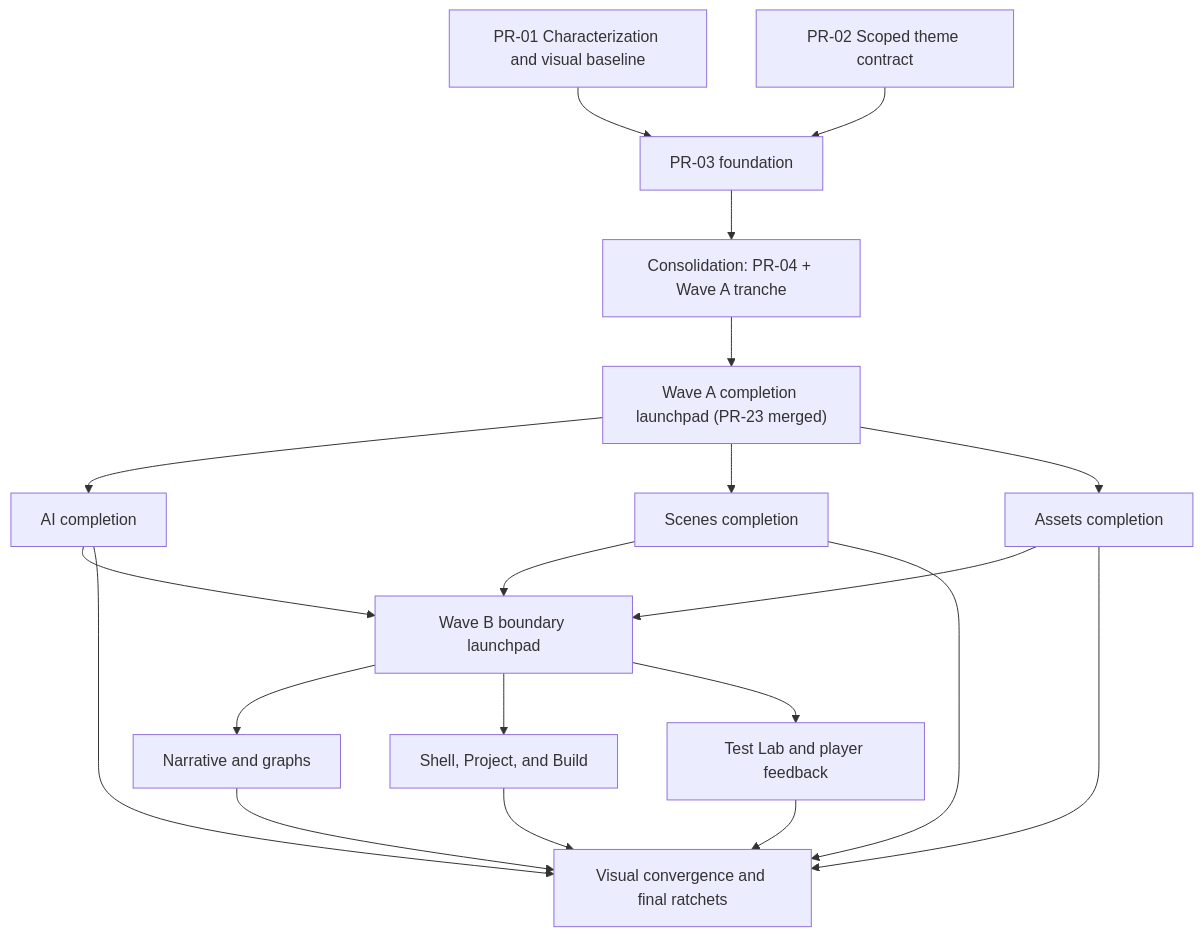
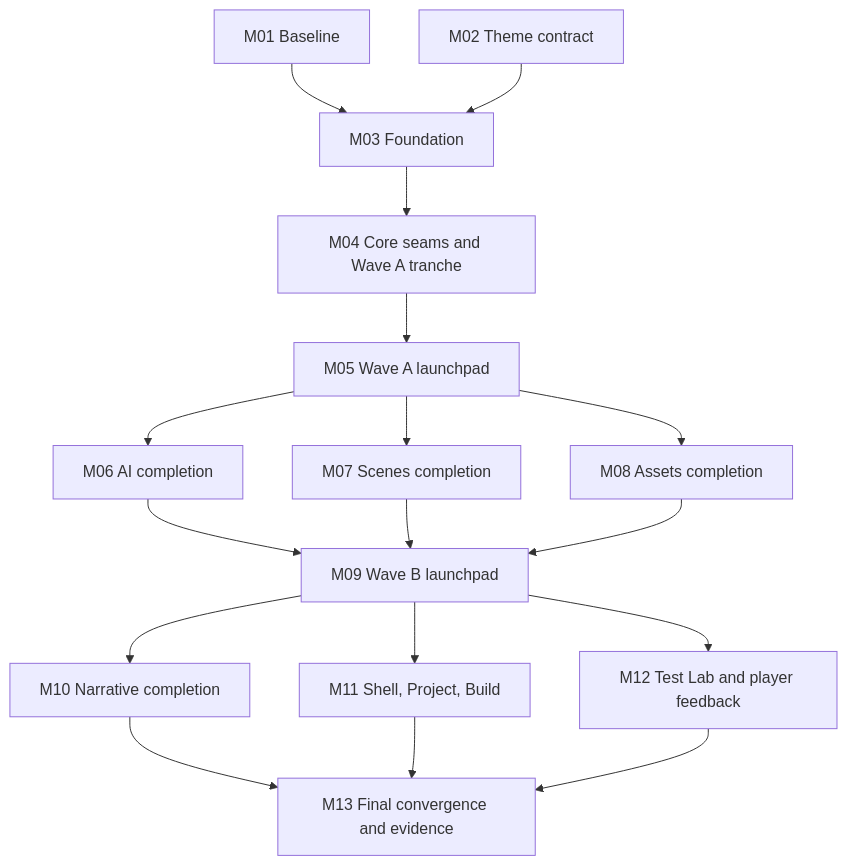
Before and after one commit to danieleforte92/PointAndClickEngine: the diagram in docs/superpowers/plans/2026-07-14-editor-modularization-visual-convergence-roadmap.md, drawn with Mermaid. The commit also changed other lines of this file and 49 other files, not shown here.

Commit message:
feat(editor): complete modularization convergence roadmap

````diff
--- a/docs/superpowers/plans/2026-07-14-editor-modularization-visual-convergence-roadmap.md
+++ b/docs/superpowers/plans/2026-07-14-editor-modularization-visual-convergence-roadmap.md
@@ -254,36 +136,33 @@
 ```mermaid
 flowchart TD
-  P1["PR-01 Characterization and visual baseline"]
-  P2["PR-02 Scoped theme contract"]
-  P3["PR-03 foundation"]
-  C1["Consolidation: PR-04 + Wave A tranche"]
-  LA["Wave A completion launchpad (PR-23 merged)"]
-  P5["AI completion"]
-  P6["Scenes completion"]
-  P7["Assets completion"]
-  LB["Wave B boundary launchpad"]
-  P8["Narrative and graphs"]
-  P9["Shell, Project, and Build"]
-  P10["Test Lab and player feedback"]
-  P11["Visual convergence and final ratchets"]
+  M01["M01 Baseline"]
+  M02["M02 Theme contract"]
+  M03["M03 Foundation"]
+  M04["M04 Core seams and Wave A tranche"]
+  M05["M05 Wave A launchpad"]
+  M06["M06 AI completion"]
+  M07["M07 Scenes completion"]
+  M08["M08 Assets completion"]
+  M09["M09 Wave B launchpad"]
+  M10["M10 Narrative completion"]
+  M11["M11 Shell, Project, Build"]
+  M12["M12 Test Lab and player feedback"]
+  M13["M13 Final convergence and evidence"]
 
-  P1 --> P3
-  P2 --> P3
-  P3 --> C1
-  C1 --> LA
-  LA --> P5
-  LA --> P6
-  LA --> P7
-  P5 --> LB
-  P6 --> LB
-  P7 --> LB
-  LB --> P8
-  LB --> P9
-  LB --> P10
-  P5 --> P11
-  P6 --> P11
-  P7 --> P11
-  P8 --> P11
-  P9 --> P11
-  P10 --> P11
+  M01 --> M03
+  M02 --> M03
+  M03 --> M04
+  M04 --> M05
+  M05 --> M06
+  M05 --> M07
+  M05 --> M08
+  M06 --> M09
+  M07 --> M09
+  M08 --> M09
+  M09 --> M10
+  M09 --> M11
+  M09 --> M12
+  M10 --> M13
+  M11 --> M13
+  M12 --> M13
 ```
````
